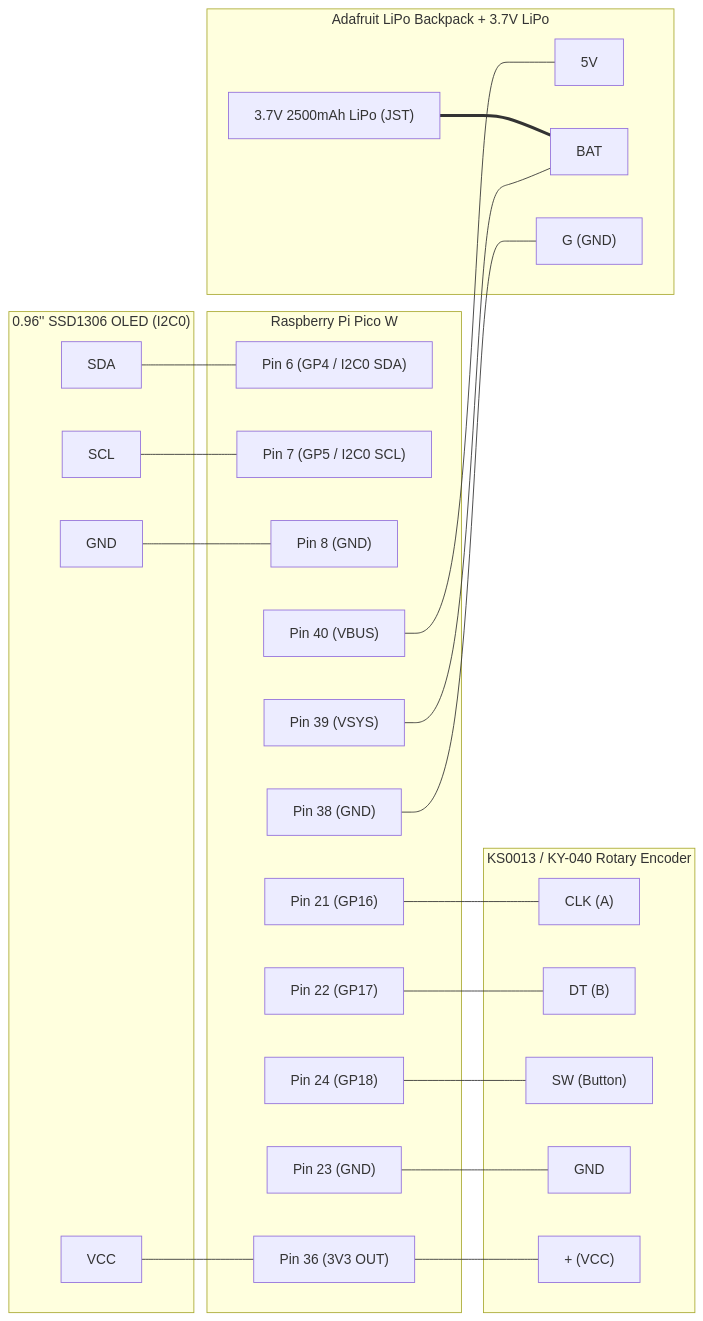
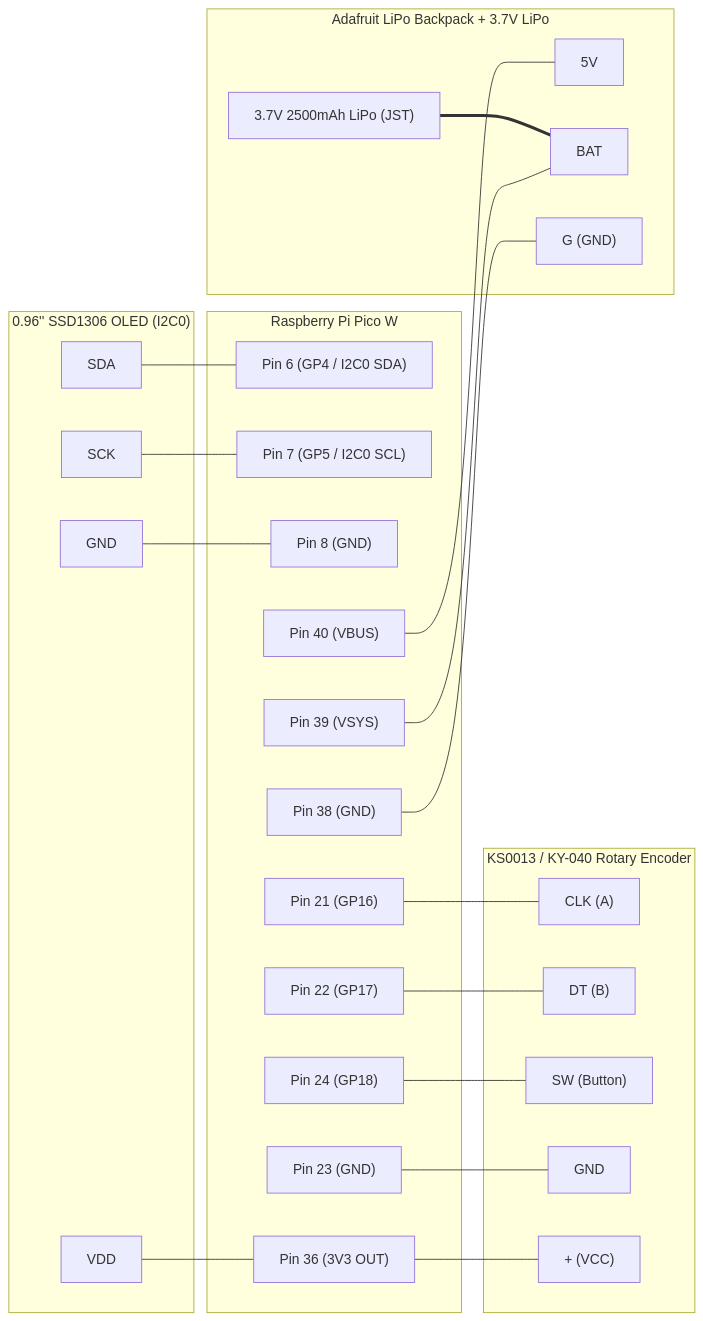
One commit to masoncfrancis/baby-buddy-gadget changed the diagram in schematic.md. Above: the diagram before and after it, drawn with Mermaid. The commit also changed other lines of this file and 1 other file, not shown here.

````diff
--- a/schematic.md
+++ b/schematic.md
@@ -9,59 +9,59 @@
 ```mermaid
 graph LR
     subgraph OLED["0.96'' SSD1306 OLED (I2C0)"]
+        O_GND["GND"]
+        O_VDD["VDD"]
+        O_SCK["SCK"]
         O_SDA["SDA"]
-        O_SCL["SCL"]
-        O_GND["GND"]
-        O_VCC["VCC"]
     end
 
     subgraph PICO["Raspberry Pi Pico W"]
         P6["Pin 6 (GP4 / I2C0 SDA)"]
         P7["Pin 7 (GP5 / I2C0 SCL)"]
         P8["Pin 8 (GND)"]
         
         P21["Pin 21 (GP16)"]
         P22["Pin 22 (GP17)"]
         P23["Pin 23 (GND)"]
         P24["Pin 24 (GP18)"]
         
         P36["Pin 36 (3V3 OUT)"]
         P38["Pin 38 (GND)"]
         P39["Pin 39 (VSYS)"]
         P40["Pin 40 (VBUS)"]
     end
 
     subgraph ENC["KS0013 / KY-040 Rotary Encoder"]
         E_CLK["CLK (A)"]
         E_DT["DT (B)"]
         E_SW["SW (Button)"]
         E_GND["GND"]
         E_VCC["+ (VCC)"]
     end
 
     subgraph PWR["Adafruit LiPo Backpack + 3.7V LiPo"]
         B_5V["5V"]
         B_BAT["BAT"]
         B_G["G (GND)"]
         LIPO["3.7V 2500mAh LiPo (JST)"]
     end
 
     %% OLED Connections
+    O_GND --- P8
+    O_VDD --- P36
+    O_SCK --- P7
     O_SDA --- P6
-    O_SCL --- P7
-    O_GND --- P8
-    O_VCC --- P36
 
     %% Encoder Connections
     P21 --- E_CLK
     P22 --- E_DT
     P23 --- E_GND
     P24 --- E_SW
     P36 --- E_VCC
 
     %% Power Connections
     P40 --- B_5V
     P39 --- B_BAT
     P38 --- B_G
     LIPO === B_BAT
 ```
````
